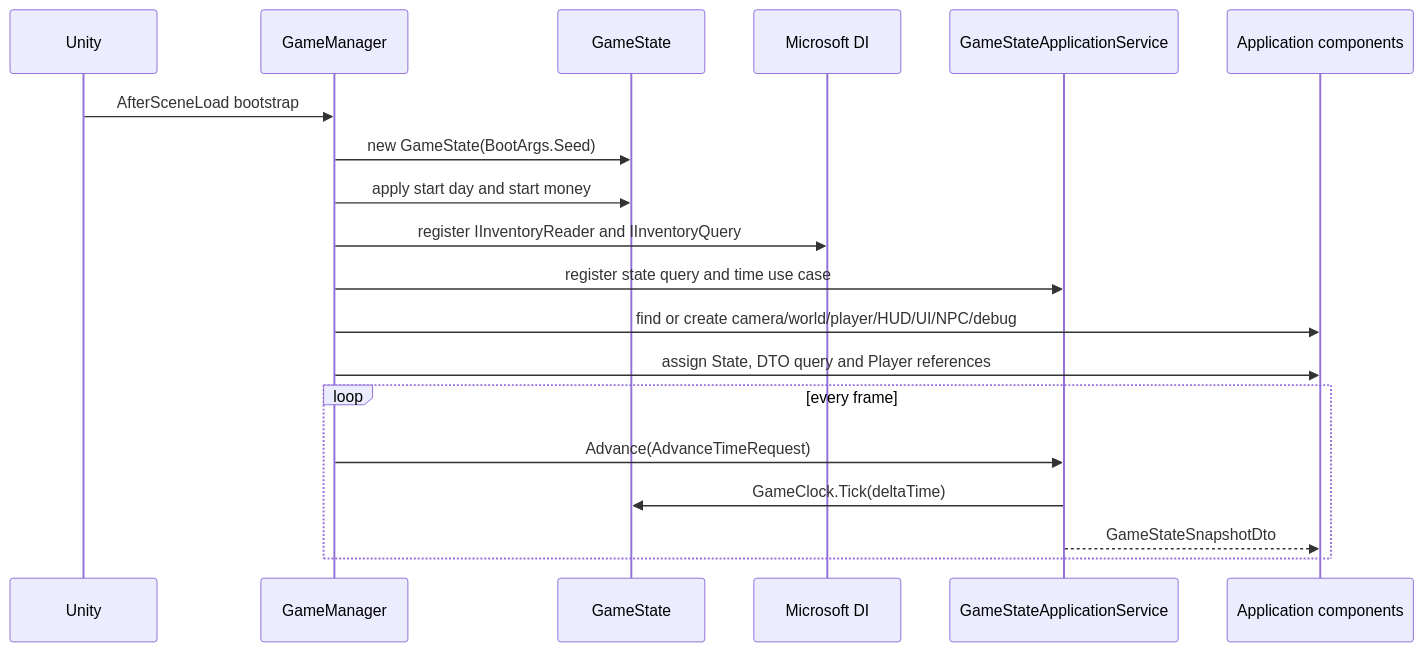
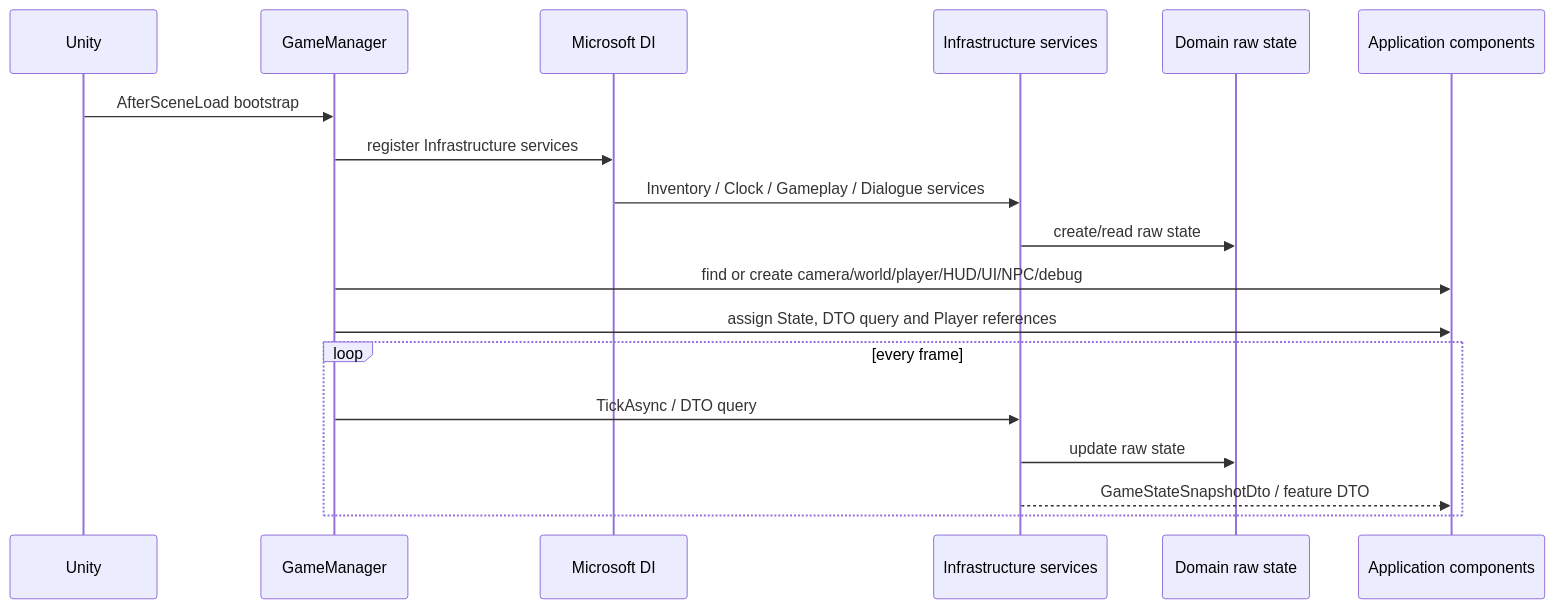
Before and after one commit to Phan-Phu/Prorotype_03: the second of 4 diagrams in ARCHITECTURE_FLOW.md, drawn with Mermaid. The commit also changed other lines of this file and 54 other files, not shown here.

````diff
--- a/ARCHITECTURE_FLOW.md
+++ b/ARCHITECTURE_FLOW.md
@@ -104,22 +100,21 @@
 ```mermaid
 sequenceDiagram
     participant U as Unity
     participant G as GameManager
-    participant S as GameState
     participant D as Microsoft DI
-    participant A as GameStateApplicationService
+    participant I as Infrastructure services
+    participant S as Domain raw state
     participant C as Application components
 
     U->>G: AfterSceneLoad bootstrap
-    G->>S: new GameState(BootArgs.Seed)
-    G->>S: apply start day and start money
-    G->>D: register IInventoryReader and IInventoryQuery
-    G->>A: register state query and time use case
+    G->>D: register Infrastructure services
+    D->>I: Inventory / Clock / Gameplay / Dialogue services
+    I->>S: create/read raw state
     G->>C: find or create camera/world/player/HUD/UI/NPC/debug
     G->>C: assign State, DTO query and Player references
     loop every frame
-        G->>A: Advance(AdvanceTimeRequest)
-        A->>S: GameClock.Tick(deltaTime)
-        A-->>C: GameStateSnapshotDto
+        G->>I: TickAsync / DTO query
+        I->>S: update raw state
+        I-->>C: GameStateSnapshotDto / feature DTO
     end
 ```
````
